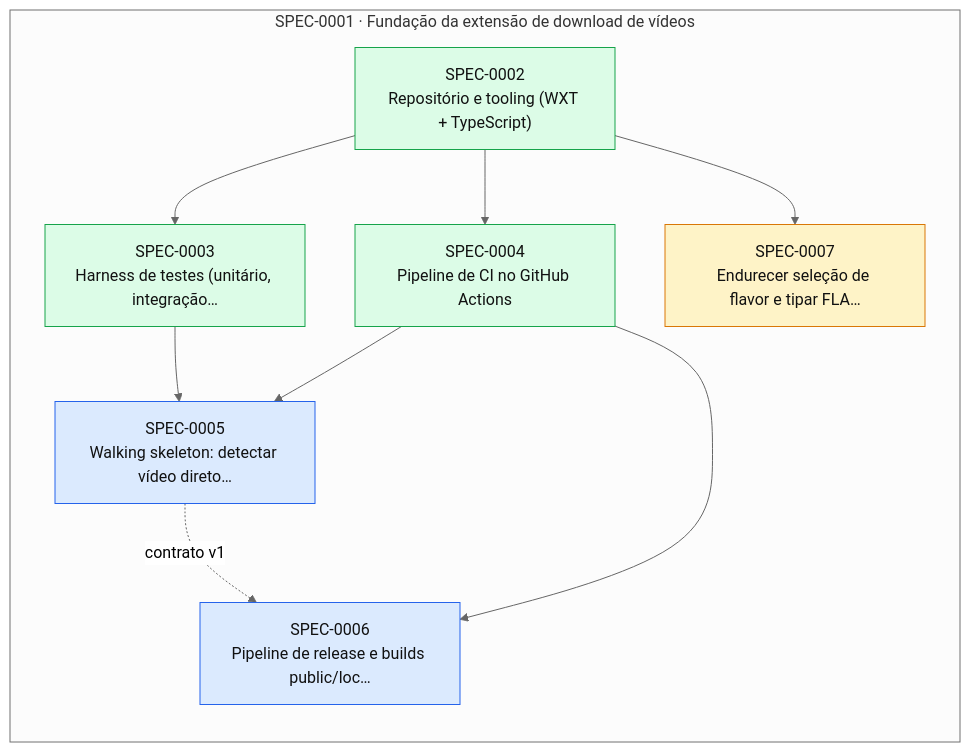
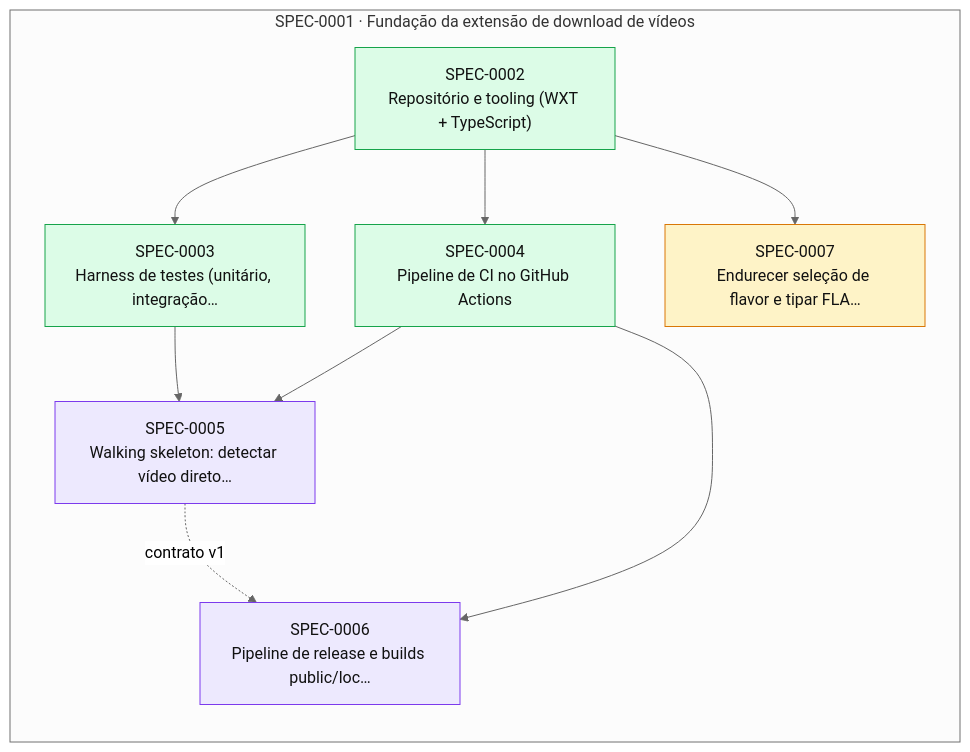
One commit to thomasravache/video-downloader changed the diagram in docs/specs/INDEX.md. Above: the diagram before and after it, drawn with Mermaid (neutral theme). The commit also changed other lines of this file and 1 other file, not shown here.

````diff
--- a/docs/specs/INDEX.md
+++ b/docs/specs/INDEX.md
@@ -58,23 +58,23 @@
 ```mermaid
 flowchart LR
   subgraph E0001["SPEC-0001 · Fundação da extensão de download de vídeos"]
     S0002["SPEC-0002<br/>Repositório e tooling (WXT + TypeScript)"]:::implemented
     S0003["SPEC-0003<br/>Harness de testes (unitário, integração…"]:::implemented
     S0004["SPEC-0004<br/>Pipeline de CI no GitHub Actions"]:::implemented
-    S0005["SPEC-0005<br/>Walking skeleton: detectar vídeo direto…"]:::approved
-    S0006["SPEC-0006<br/>Pipeline de release e builds public/loc…"]:::approved
+    S0005["SPEC-0005<br/>Walking skeleton: detectar vídeo direto…"]:::inprogress
+    S0006["SPEC-0006<br/>Pipeline de release e builds public/loc…"]:::inprogress
     S0007["SPEC-0007<br/>Endurecer seleção de flavor e tipar FLA…"]:::proposed
   end
   S0002 --> S0003
   S0002 --> S0004
   S0003 --> S0005
   S0004 --> S0005
   S0004 --> S0006
   S0005 -. contrato v1 .-> S0006
   S0002 --> S0007
   classDef proposed fill:#fef3c7,stroke:#d97706,color:#111
   classDef approved fill:#dbeafe,stroke:#2563eb,color:#111
   classDef inprogress fill:#ede9fe,stroke:#7c3aed,color:#111
   classDef implemented fill:#dcfce7,stroke:#16a34a,color:#111
   classDef deprecated fill:#f3f4f6,stroke:#9ca3af,color:#6b7280
 ```
````
